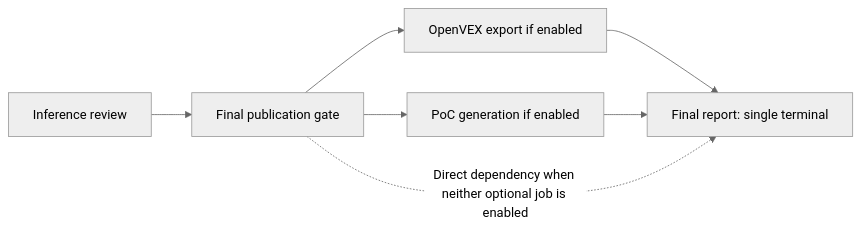
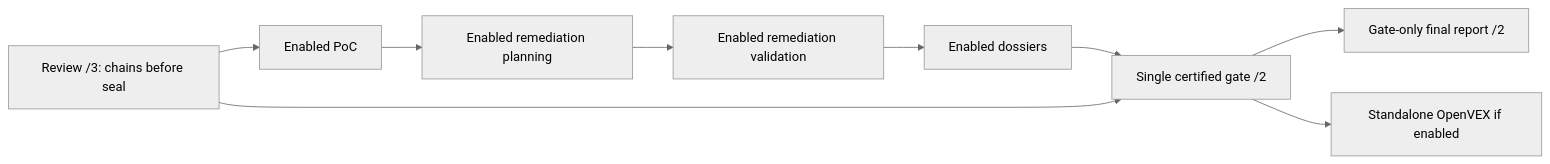
Before and after one commit to wsollers/appsec-review: the second of 3 diagrams in docs/operations/openvex-export.md, drawn with Mermaid (neutral theme). The commit also changed other lines of this file and 8 other files, not shown here.

First line of the commit message:
docs: reconcile standalone OpenVEX gate boundary

````diff
--- a/docs/operations/openvex-export.md
+++ b/docs/operations/openvex-export.md
@@ -168,9 +182,11 @@
 ```mermaid
 flowchart LR
-    Review["Inference review"] --> Gate["Final publication gate"]
-    Gate --> Export["OpenVEX export if enabled"]
-    Gate --> PoC["PoC generation if enabled"]
-    Export --> Report["Final report: single terminal"]
-    PoC --> Report
-    Gate -. "Direct dependency when neither optional job is enabled" .-> Report
+    Review["Review /3: chains before seal"] --> PoC["Enabled PoC"]
+    PoC --> Plan["Enabled remediation planning"]
+    Plan --> Validate["Enabled remediation validation"]
+    Validate --> Dossiers["Enabled dossiers"]
+    Dossiers --> Gate["Single certified gate /2"]
+    Review --> Gate
+    Gate --> Report["Gate-only final report /2"]
+    Gate --> Export["Standalone OpenVEX if enabled"]
 ```
````
